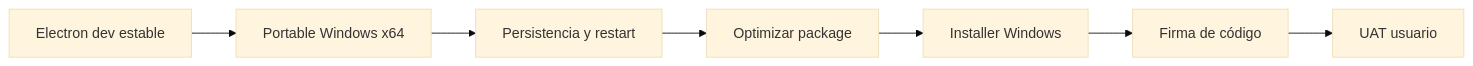
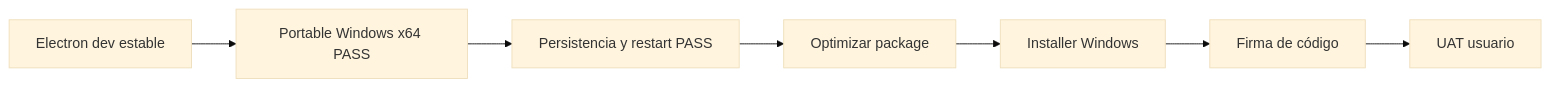
One commit to cmartinezs/personal-tax-ledger changed the third of 3 diagrams in docs/desktop-electron.md. Above: the diagram before and after it, drawn with Mermaid (base theme). The commit also changed other lines of this file, not shown here.

Commit message:
docs: record successful native Windows portable validation

````diff
--- a/docs/desktop-electron.md
+++ b/docs/desktop-electron.md
@@ -122,9 +137,9 @@
 ```mermaid
 flowchart LR
-    A[Electron dev estable] --> B[Portable Windows x64]
-    B --> C[Persistencia y restart]
+    A[Electron dev estable] --> B[Portable Windows x64 PASS]
+    B --> C[Persistencia y restart PASS]
     C --> D[Optimizar package]
     D --> E[Installer Windows]
     E --> F[Firma de código]
     F --> G[UAT usuario]
 ```
````
